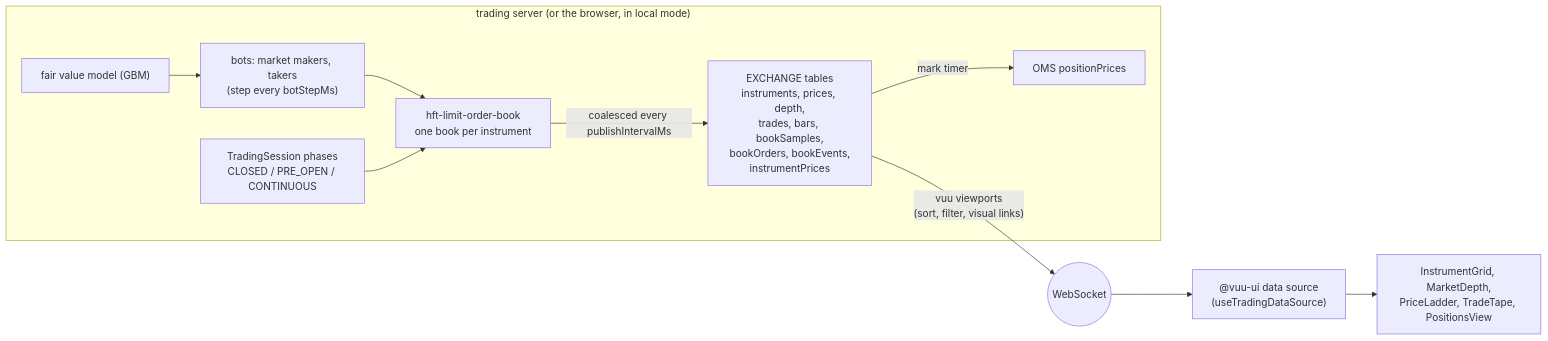
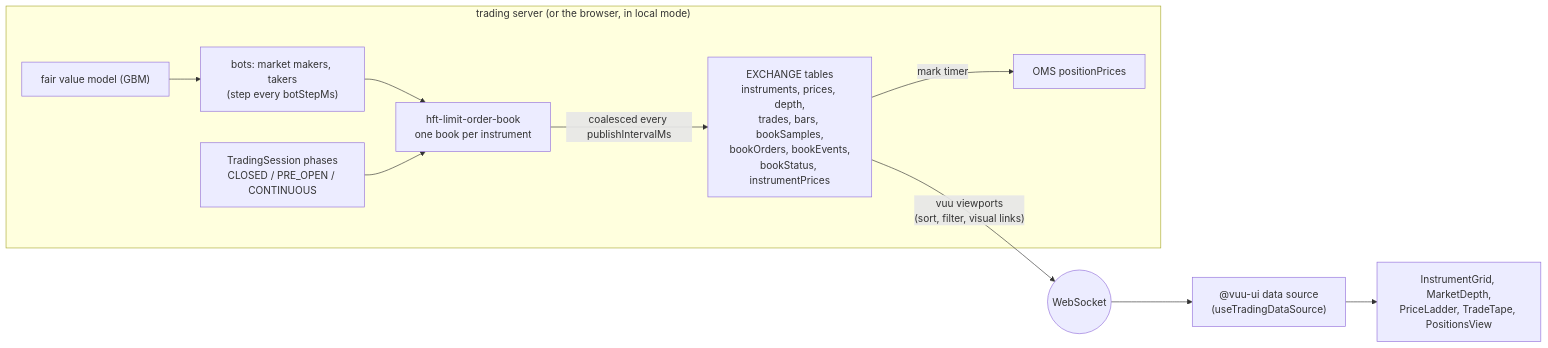
One commit to heswell/trader changed the second of 7 diagrams in docs/architecture.md. Above: the diagram before and after it, drawn with Mermaid. The commit also changed 21 other files, not shown here.

First line of the commit message:
L3 snapshot marker (bookStatus) and RESET event

````diff
--- a/docs/architecture.md
+++ b/docs/architecture.md
@@ -68,13 +68,13 @@
 ```mermaid
 flowchart LR
   subgraph TS["trading server (or the browser, in local mode)"]
     Bots["bots: market makers, takers<br/>(step every botStepMs)"] --> Books["hft-limit-order-book<br/>one book per instrument"]
     GBM["fair value model (GBM)"] --> Bots
     Session["TradingSession phases<br/>CLOSED / PRE_OPEN / CONTINUOUS"] --> Books
-    Books -- "coalesced every publishIntervalMs" --> ET["EXCHANGE tables<br/>instruments, prices, depth,<br/>trades, bars, bookSamples,<br/>bookOrders, bookEvents,<br/>instrumentPrices"]
+    Books -- "coalesced every publishIntervalMs" --> ET["EXCHANGE tables<br/>instruments, prices, depth,<br/>trades, bars, bookSamples,<br/>bookOrders, bookEvents,<br/>bookStatus, instrumentPrices"]
     ET -- "mark timer" --> OT["OMS positionPrices"]
   end
   ET -- "vuu viewports<br/>(sort, filter, visual links)" --> WS(("WebSocket"))
   WS --> DS["@vuu-ui data source<br/>(useTradingDataSource)"]
   DS --> UI["InstrumentGrid, MarketDepth,<br/>PriceLadder, TradeTape, PositionsView"]
 ```
````
